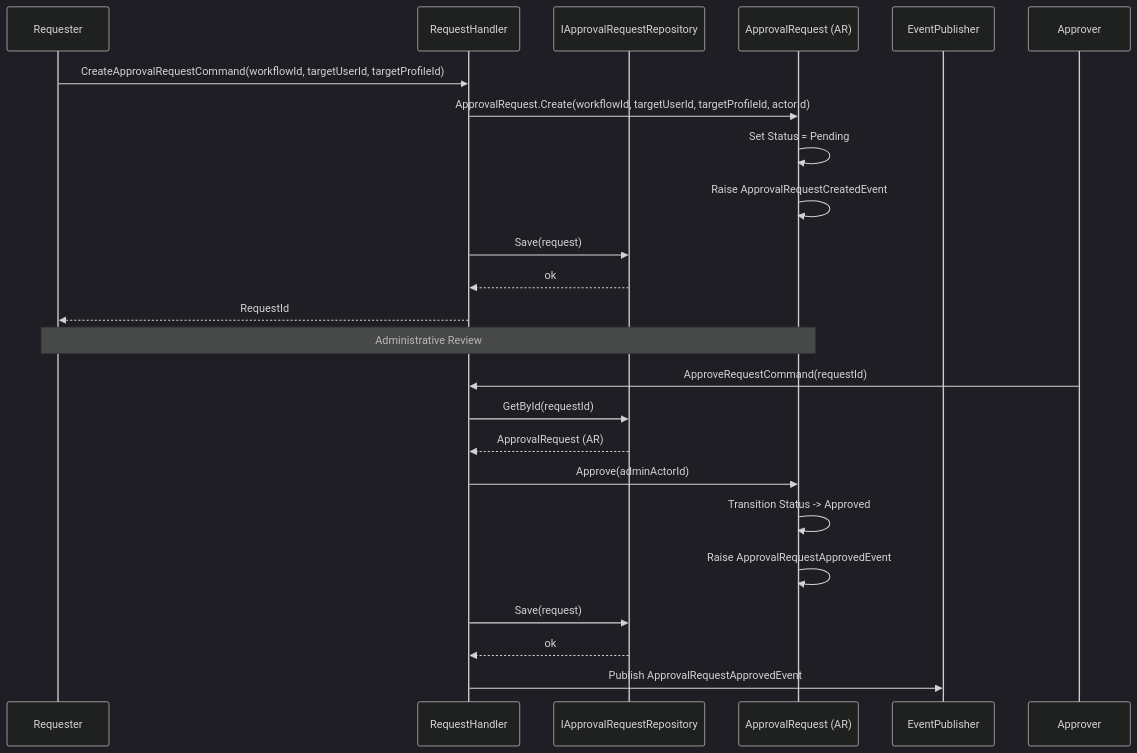
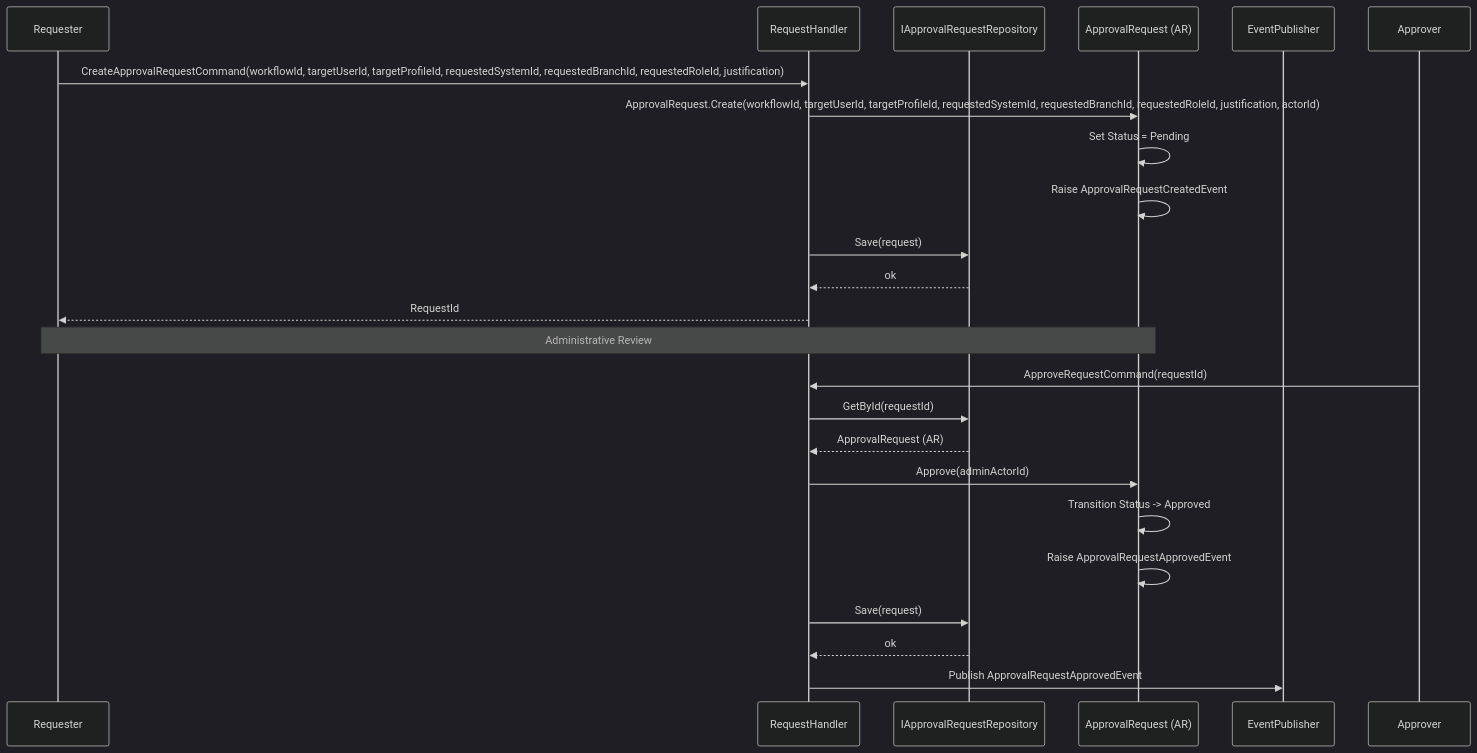
One commit to beyondnetcode/ums changed the second of 4 diagrams in docs/domain/approvals/approval-request.md. Above: the diagram before and after it, drawn with Mermaid (dark theme). The commit also changed other lines of this file and 17 other files, not shown here.

````diff
--- a/docs/domain/approvals/approval-request.md
+++ b/docs/domain/approvals/approval-request.md
@@ -103,28 +118,28 @@
 ```mermaid
 sequenceDiagram
     participant U as Requester
     participant H as RequestHandler
     participant R as IApprovalRequestRepository
     participant A as ApprovalRequest (AR)
     participant E as EventPublisher
     participant Admin as Approver
 
-    U->>H: CreateApprovalRequestCommand(workflowId, targetUserId, targetProfileId)
-    H->>A: ApprovalRequest.Create(workflowId, targetUserId, targetProfileId, actorId)
+    U->>H: CreateApprovalRequestCommand(workflowId, targetUserId, targetProfileId, requestedSystemId, requestedBranchId, requestedRoleId, justification)
+    H->>A: ApprovalRequest.Create(workflowId, targetUserId, targetProfileId, requestedSystemId, requestedBranchId, requestedRoleId, justification, actorId)
     A->>A: Set Status = Pending
     A->>A: Raise ApprovalRequestCreatedEvent
     H->>R: Save(request)
     R-->>H: ok
     H-->>U: RequestId
 
     Note over U,A: Administrative Review
     Admin->>H: ApproveRequestCommand(requestId)
     H->>R: GetById(requestId)
     R-->>H: ApprovalRequest (AR)
     H->>A: Approve(adminActorId)
     A->>A: Transition Status -> Approved
     A->>A: Raise ApprovalRequestApprovedEvent
     H->>R: Save(request)
     R-->>H: ok
     H->>E: Publish ApprovalRequestApprovedEvent
 ```
````
